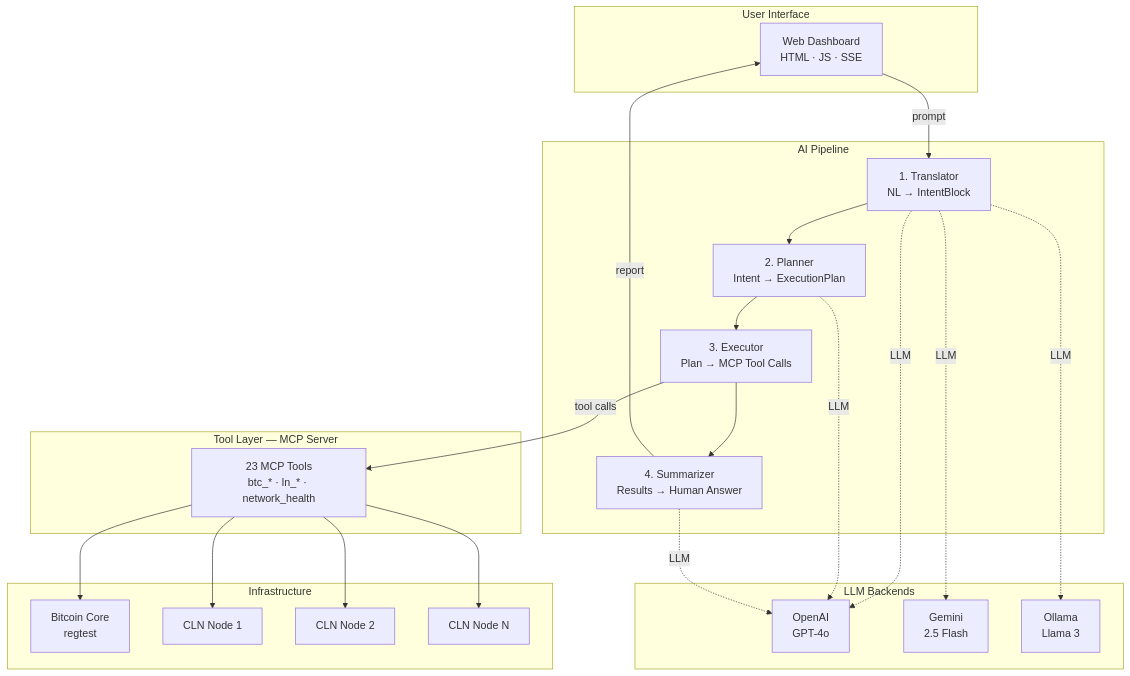
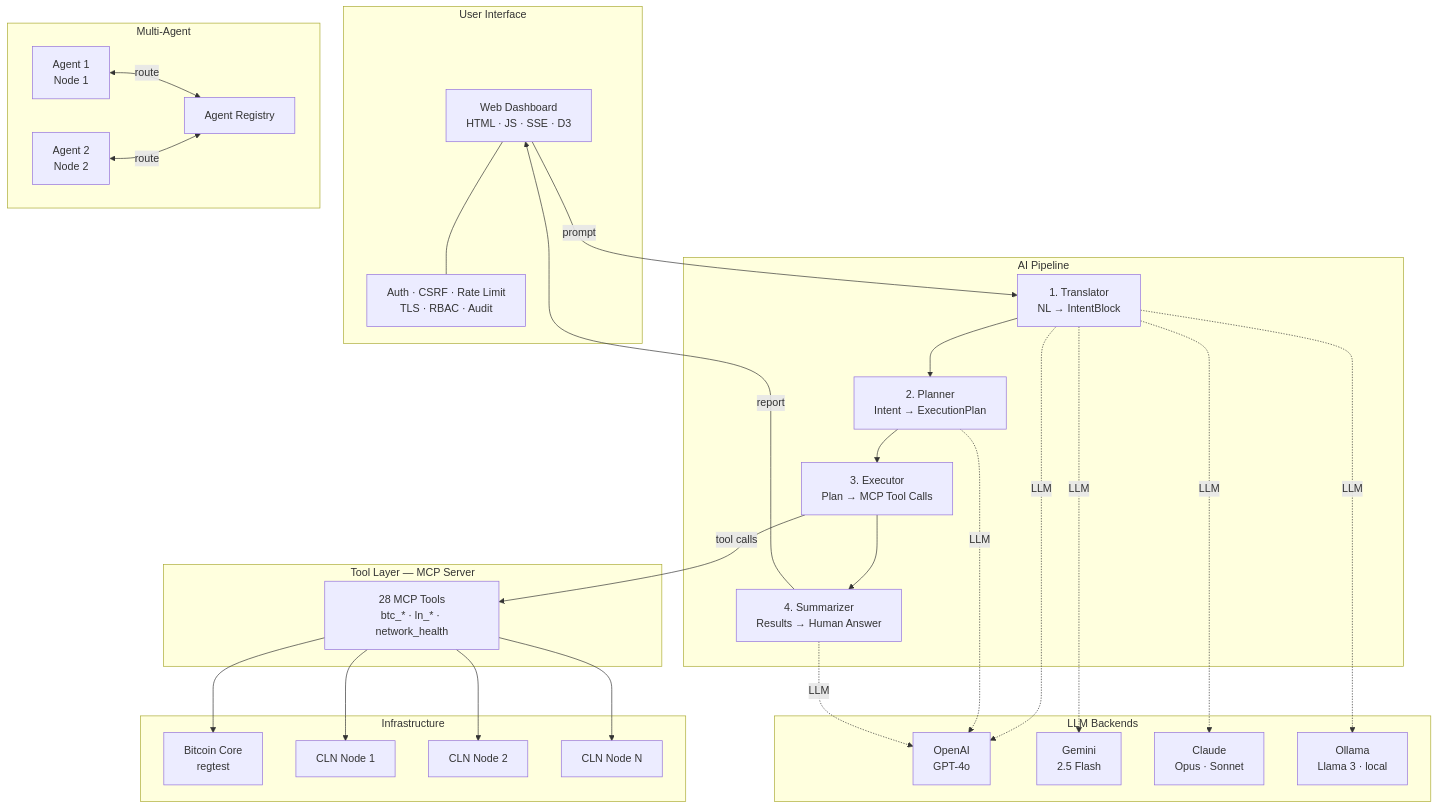
The diagram in README.md (StevOB93/lightning-network-ai-agents), drawn with Mermaid before and after one commit. The commit also changed other lines of this file and 7 other files, not shown here.

First line of the commit message:
Multi-agent UI, network graph improvements, documentation

````diff
--- a/README.md
+++ b/README.md
@@ -18,44 +18,56 @@
 ```mermaid
 graph TD
     subgraph "User Interface"
-        UI[Web Dashboard<br/>HTML · JS · SSE]
+        UI[Web Dashboard<br/>HTML · JS · SSE · D3]
+        SEC[Auth · CSRF · Rate Limit<br/>TLS · RBAC · Audit]
     end
 
     subgraph "AI Pipeline"
         T[1. Translator<br/>NL → IntentBlock]
         P[2. Planner<br/>Intent → ExecutionPlan]
         E[3. Executor<br/>Plan → MCP Tool Calls]
         S[4. Summarizer<br/>Results → Human Answer]
         T --> P --> E --> S
     end
 
+    subgraph "Multi-Agent"
+        REG[Agent Registry]
+        A1[Agent 1<br/>Node 1]
+        A2[Agent 2<br/>Node 2]
+        A1 <-->|route| REG
+        A2 <-->|route| REG
+    end
+
     subgraph "LLM Backends"
         OAI[OpenAI<br/>GPT-4o]
         GEM[Gemini<br/>2.5 Flash]
-        OLL[Ollama<br/>Llama 3]
+        CLD[Claude<br/>Opus · Sonnet]
+        OLL[Ollama<br/>Llama 3 · local]
     end
 
     subgraph "Tool Layer — MCP Server"
-        MCP[23 MCP Tools<br/>btc_* · ln_* · network_health]
+        MCP[28 MCP Tools<br/>btc_* · ln_* · network_health]
     end
 
     subgraph "Infrastructure"
         BTC[Bitcoin Core<br/>regtest]
         CLN1[CLN Node 1]
         CLN2[CLN Node 2]
         CLN3[CLN Node N]
     end
 
     UI -->|prompt| T
+    UI --- SEC
     S -->|report| UI
     T -.->|LLM| OAI
     T -.->|LLM| GEM
+    T -.->|LLM| CLD
     T -.->|LLM| OLL
     P -.->|LLM| OAI
     S -.->|LLM| OAI
     E -->|tool calls| MCP
     MCP --> BTC
     MCP --> CLN1
     MCP --> CLN2
     MCP --> CLN3
 ```
````
